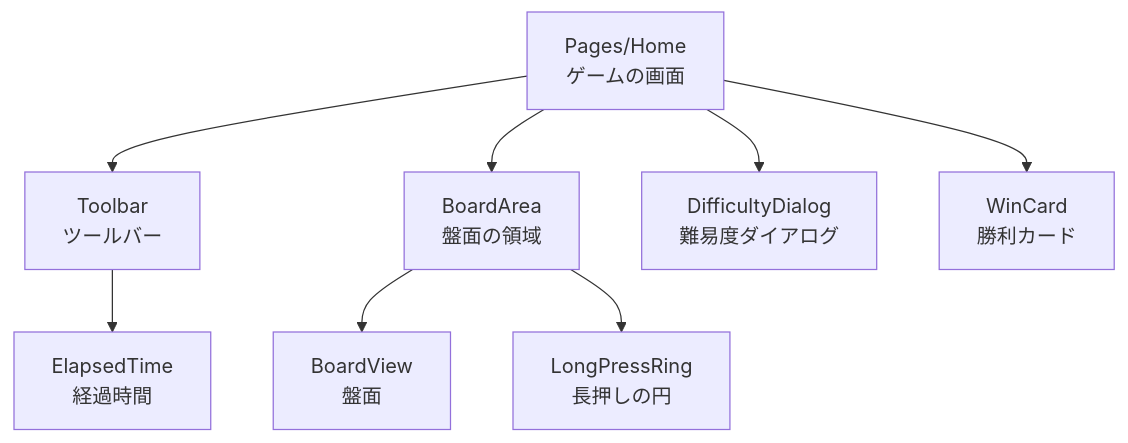
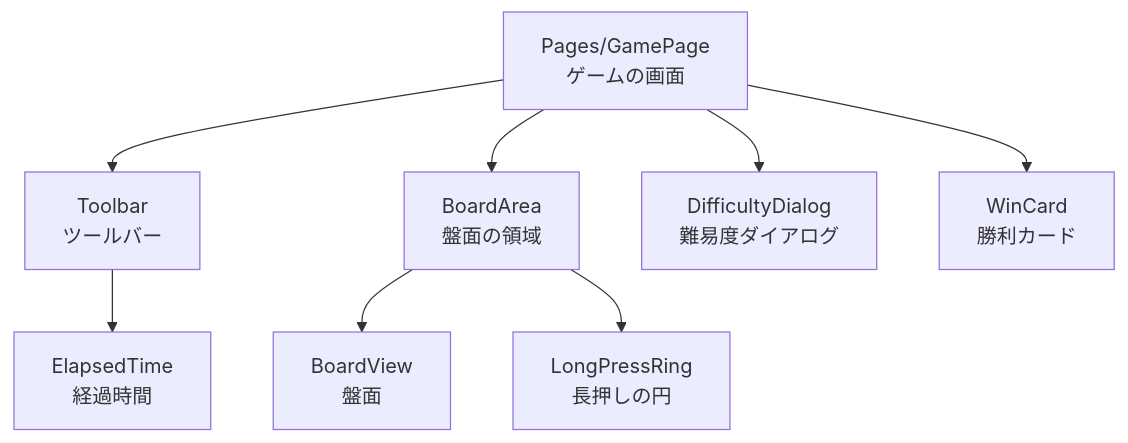
One commit to Fujiwo/Shos.Minesweeper changed the fourth of 10 diagrams in docs/04-architecture.md. Above: the diagram before and after it, drawn with Mermaid. The commit also changed other lines of this file and 4 other files, not shown here.

````diff
--- a/docs/04-architecture.md
+++ b/docs/04-architecture.md
@@ -180,11 +181,11 @@
 ```mermaid
 flowchart TB
-    Home["Pages/Home<br/>ゲームの画面"]
-    Home --> Toolbar["Toolbar<br/>ツールバー"]
+    GamePage["Pages/GamePage<br/>ゲームの画面"]
+    GamePage --> Toolbar["Toolbar<br/>ツールバー"]
     Toolbar --> ElapsedTime["ElapsedTime<br/>経過時間"]
-    Home --> BoardArea["BoardArea<br/>盤面の領域"]
+    GamePage --> BoardArea["BoardArea<br/>盤面の領域"]
     BoardArea --> BoardView["BoardView<br/>盤面"]
     BoardArea --> LongPressRing["LongPressRing<br/>長押しの円"]
-    Home --> DifficultyDialog["DifficultyDialog<br/>難易度ダイアログ"]
-    Home --> WinCard["WinCard<br/>勝利カード"]
+    GamePage --> DifficultyDialog["DifficultyDialog<br/>難易度ダイアログ"]
+    GamePage --> WinCard["WinCard<br/>勝利カード"]
 ```
````
